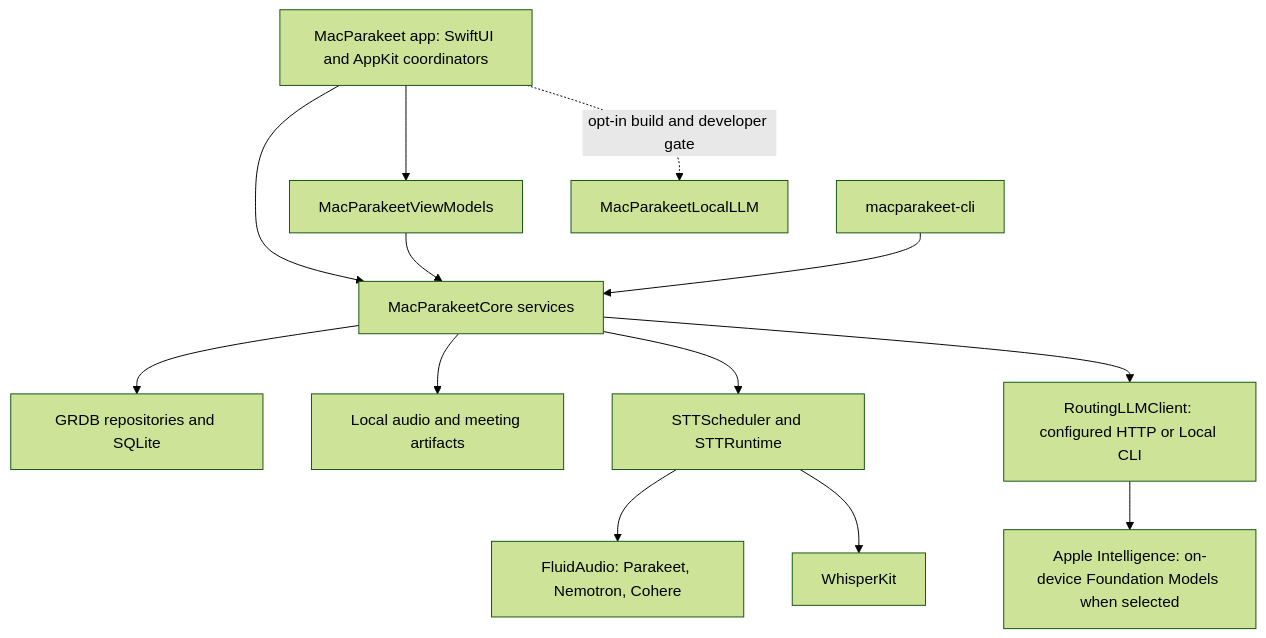
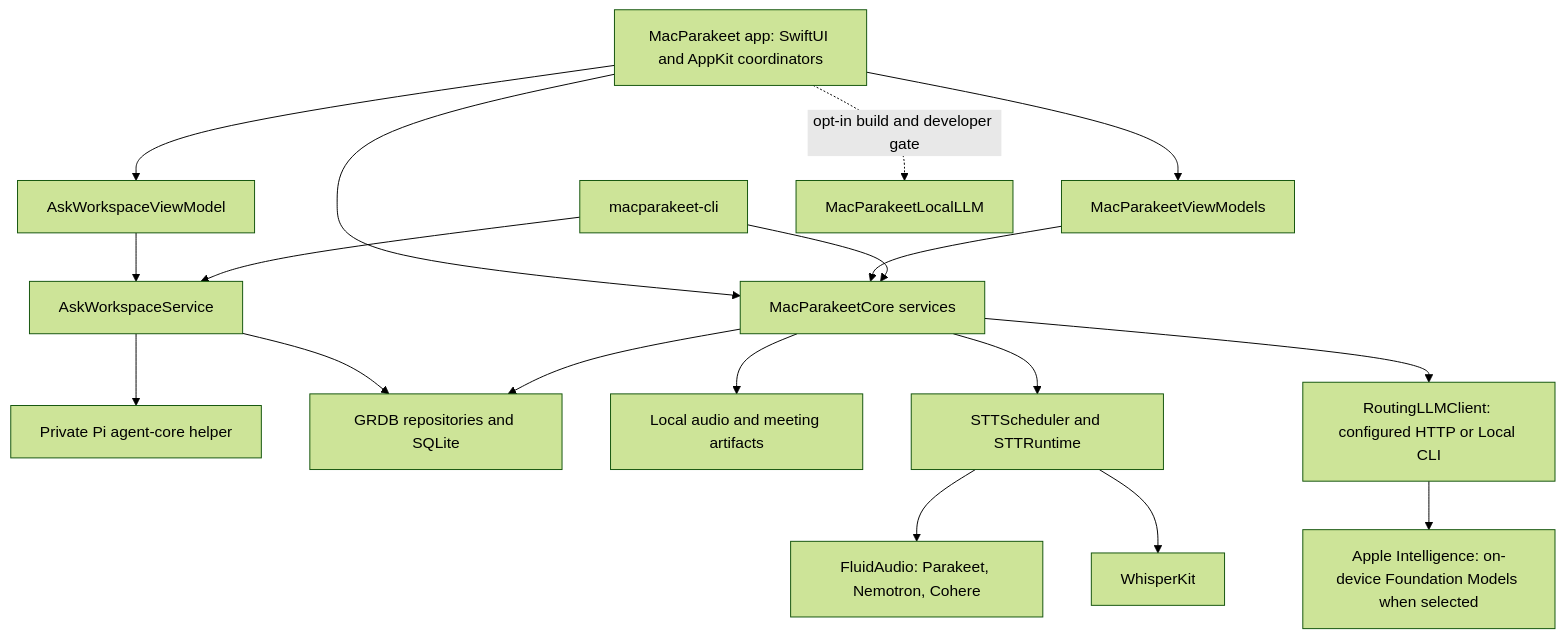
One commit to moona3k/macparakeet changed the first of 3 diagrams in spec/03-architecture.md. Above: the diagram before and after it, drawn with Mermaid (forest theme). The commit also changed other lines of this file and 81 other files, not shown here.

First line of the commit message:
feat(ask): add default-off workspace and CLI (#1160)

````diff
--- a/spec/03-architecture.md
+++ b/spec/03-architecture.md
@@ -15,15 +15,20 @@
 ```mermaid
 flowchart TD
     App[MacParakeet app: SwiftUI and AppKit coordinators] --> VM[MacParakeetViewModels]
     App --> Core[MacParakeetCore services]
     VM --> Core
     CLI[macparakeet-cli] --> Core
+    App --> AskVM[AskWorkspaceViewModel]
+    AskVM --> Ask[AskWorkspaceService]
+    CLI --> Ask
+    Ask --> Pi[Private Pi agent-core helper]
+    Ask --> DB
     Core --> DB[GRDB repositories and SQLite]
     Core --> Files[Local audio and meeting artifacts]
     Core --> Speech[STTScheduler and STTRuntime]
     Speech --> Fluid[FluidAudio: Parakeet, Nemotron, Cohere]
     Speech --> Whisper[WhisperKit]
     Core --> AI[RoutingLLMClient: configured HTTP or Local CLI]
     AI --> AppleAI[Apple Intelligence: on-device Foundation Models when selected]
     App -. opt-in build and developer gate .-> MLX[MacParakeetLocalLLM]
 ```
````
